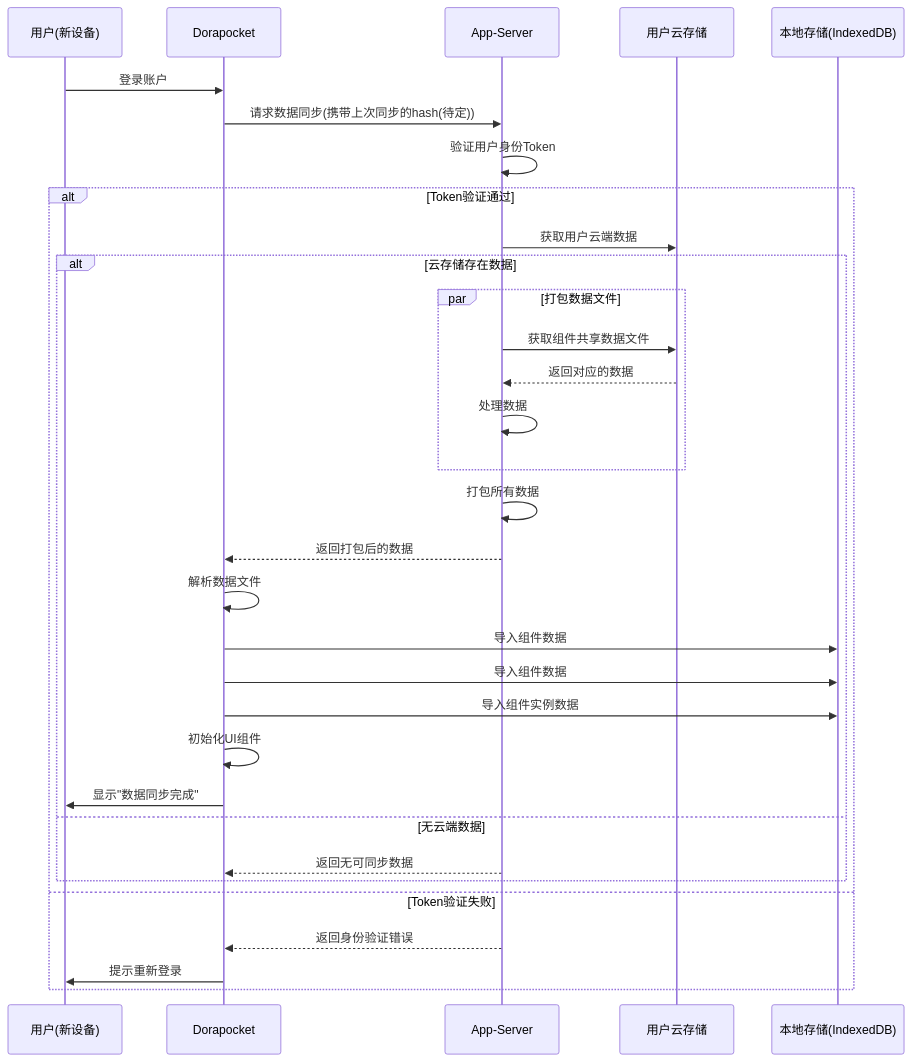
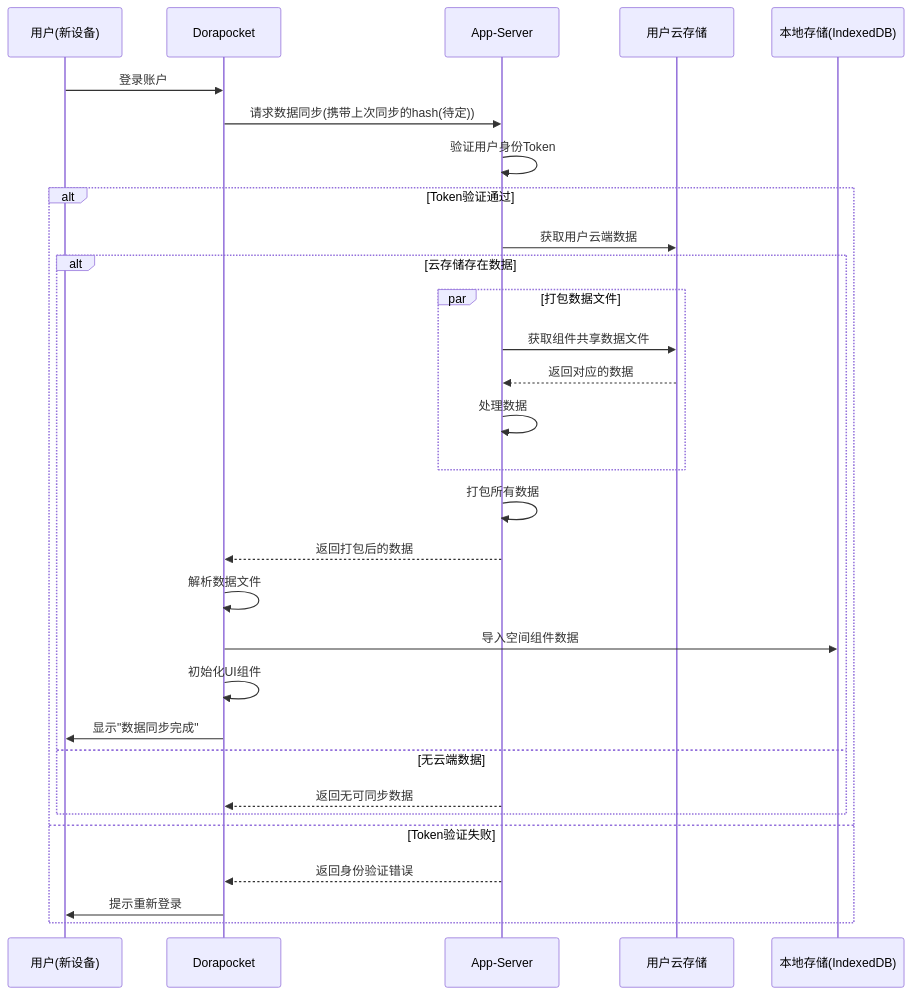
One commit to yingjianzh/iodraw-files changed the diagram in all/未命名-38.md. Above: the diagram before and after it, drawn with Mermaid.

Commit message:
2025-04-21 14:08:57 update

````diff
--- a/all/未命名-38.md
+++ b/all/未命名-38.md
@@ -1,45 +1,44 @@
 ```mermaid
 sequenceDiagram
     participant User as 用户(新设备)
     participant App as Dorapocket
     participant AppServer as App-Server
     participant UserCloud as 用户云存储
     participant LocalDB as 本地存储(IndexedDB)
     
     User->>App: 登录账户
     
     App->>AppServer: 请求数据同步(携带上次同步的hash(待定))
     AppServer->>AppServer: 验证用户身份Token
     
     alt Token验证通过
         AppServer->>UserCloud: 获取用户云端数据
         
         
         alt 云存储存在数据
             par 打包数据文件
                 AppServer->>UserCloud: 获取组件共享数据文件
                 UserCloud-->>AppServer: 返回对应的数据
                 
                 AppServer->>AppServer: 处理数据
             end
             
             AppServer->>AppServer: 打包所有数据
             AppServer-->>App: 返回打包后的数据
             
             App->>App: 解析数据文件
+
             
-            App->>LocalDB: 导入组件数据
-            App->>LocalDB: 导入组件数据
-            App->>LocalDB: 导入组件实例数据
+            App->>LocalDB: 导入空间组件数据
             
             App->>App: 初始化UI组件
             App->>User: 显示"数据同步完成"
         else 无云端数据
             AppServer-->>App: 返回无可同步数据
     
         end
     else Token验证失败
         AppServer-->>App: 返回身份验证错误
         App->>User: 提示重新登录
     end
 ```
````
